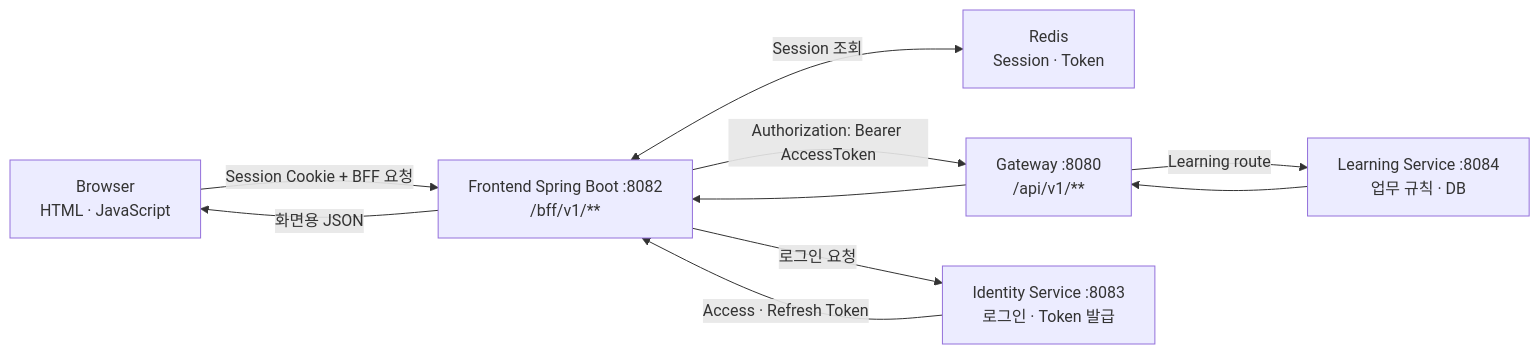
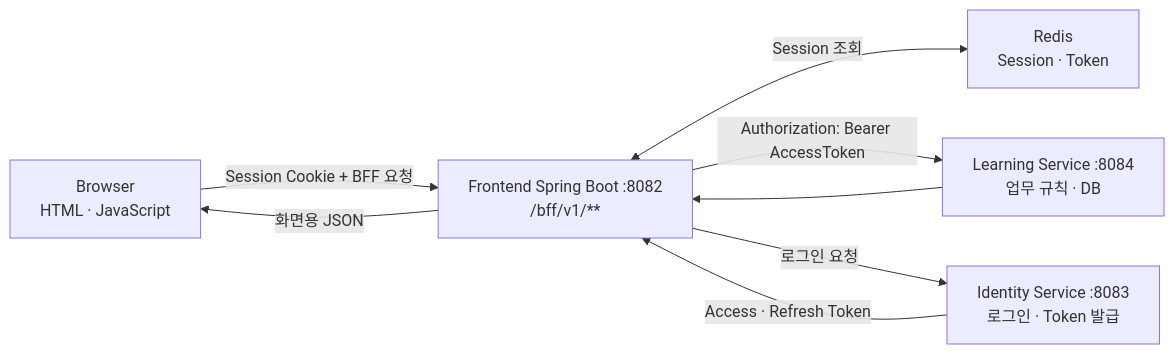
One commit to nhnacademy-aiot3-omagotchi/omagotchi-frontend changed the first of 2 diagrams in docs/onboarding/04-bff-request-flow.md. Above: the diagram before and after it, drawn with Mermaid. The commit also changed other lines of this file and 4 other files, not shown here.

````diff
--- a/docs/onboarding/04-bff-request-flow.md
+++ b/docs/onboarding/04-bff-request-flow.md
@@ -107,17 +105,15 @@
 ```mermaid
 flowchart LR
     Browser["Browser<br/>HTML · JavaScript"]
     BFF["Frontend Spring Boot :8082<br/>/bff/v1/**"]
     Redis["Redis<br/>Session · Token"]
-    Gateway["Gateway :8080<br/>/api/v1/**"]
     Learning["Learning Service :8084<br/>업무 규칙 · DB"]
     Identity["Identity Service :8083<br/>로그인 · Token 발급"]
 
     Browser -->|"Session Cookie + BFF 요청"| BFF
     BFF <-->|"Session 조회"| Redis
-    BFF -->|"Authorization: Bearer AccessToken"| Gateway
-    Gateway -->|"Learning route"| Learning
-    Learning --> Gateway --> BFF -->|"화면용 JSON"| Browser
+    BFF -->|"Authorization: Bearer AccessToken"| Learning
+    Learning --> BFF -->|"화면용 JSON"| Browser
     BFF -->|"로그인 요청"| Identity
     Identity -->|"Access · Refresh Token"| BFF
 ```
````
